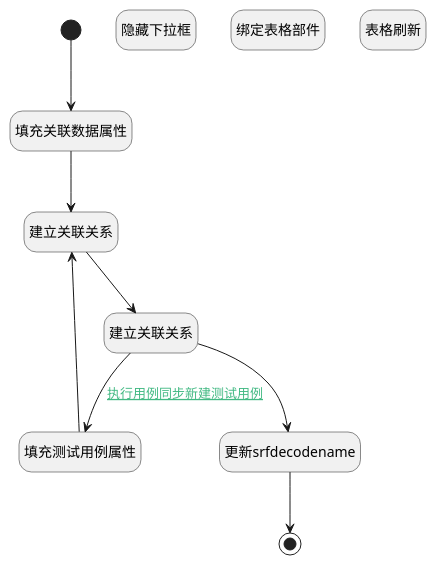
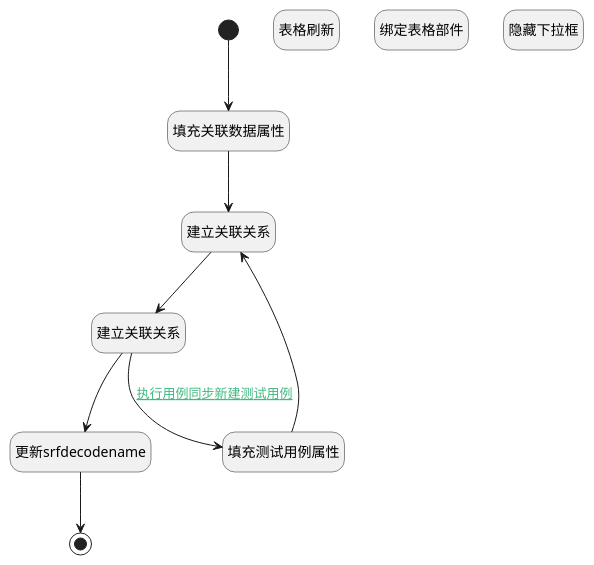
The diagram in doc/docsify/module/Base/relation/uilogic/create_double_relation.md (iBizLab/plm), drawn with PlantUML before and after one commit. The commit also changed other lines of this file and 1276 other files, not shown here.

````diff
--- a/doc/docsify/module/Base/relation/uilogic/create_double_relation.md
+++ b/doc/docsify/module/Base/relation/uilogic/create_double_relation.md
@@ -7,33 +7,33 @@
 ```plantuml
 @startuml
 hide footbox
 <style>
 root {
   HyperlinkColor #42b983
 }
 </style>
 
 hide empty description
 state "开始" as Begin <<start>> [[$./create_double_relation#begin {开始}]]
+state "建立关联关系" as DEACTION2  [[$./create_double_relation#deaction2 {建立关联关系}]]
+state "更新srfdecodename" as RAWJSCODE3  [[$./create_double_relation#rawjscode3 {更新srfdecodename}]]
+state "建立关联关系" as DEACTION1  [[$./create_double_relation#deaction1 {建立关联关系}]]
+state "填充测试用例属性" as PREPAREJSPARAM3  [[$./create_double_relation#preparejsparam3 {填充测试用例属性}]]
+state "填充关联数据属性" as PREPAREJSPARAM1  [[$./create_double_relation#preparejsparam1 {填充关联数据属性}]]
+state "表格刷新" as VIEWCTRLINVOKE1  [[$./create_double_relation#viewctrlinvoke1 {表格刷新}]]
+state "结束" as END1 <<end>> [[$./create_double_relation#end1 {结束}]]
+state "绑定表格部件" as PREPAREJSPARAM2  [[$./create_double_relation#preparejsparam2 {绑定表格部件}]]
 state "隐藏下拉框" as RAWJSCODE2  [[$./create_double_relation#rawjscode2 {隐藏下拉框}]]
-state "更新srfdecodename" as RAWJSCODE3  [[$./create_double_relation#rawjscode3 {更新srfdecodename}]]
-state "填充测试用例属性" as PREPAREJSPARAM3  [[$./create_double_relation#preparejsparam3 {填充测试用例属性}]]
-state "建立关联关系" as DEACTION1  [[$./create_double_relation#deaction1 {建立关联关系}]]
-state "绑定表格部件" as PREPAREJSPARAM2  [[$./create_double_relation#preparejsparam2 {绑定表格部件}]]
-state "表格刷新" as VIEWCTRLINVOKE1  [[$./create_double_relation#viewctrlinvoke1 {表格刷新}]]
-state "填充关联数据属性" as PREPAREJSPARAM1  [[$./create_double_relation#preparejsparam1 {填充关联数据属性}]]
-state "结束" as END1 <<end>> [[$./create_double_relation#end1 {结束}]]
-state "建立关联关系" as DEACTION2  [[$./create_double_relation#deaction2 {建立关联关系}]]
 
 
 Begin --> PREPAREJSPARAM1
 PREPAREJSPARAM1 --> DEACTION1
 DEACTION1 --> DEACTION2
 DEACTION2 --> RAWJSCODE3
 RAWJSCODE3 --> END1
 DEACTION2 --> PREPAREJSPARAM3 : [[$./create_double_relation#deaction2-preparejsparam3{执行用例同步新建测试用例} 执行用例同步新建测试用例]]
 PREPAREJSPARAM3 --> DEACTION1
 
 
 @enduml
 ```
````
